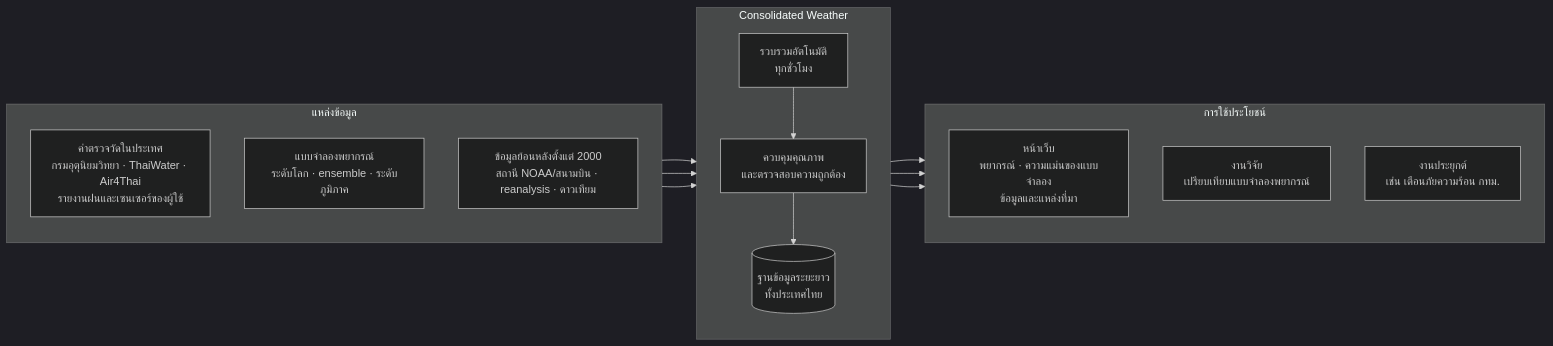
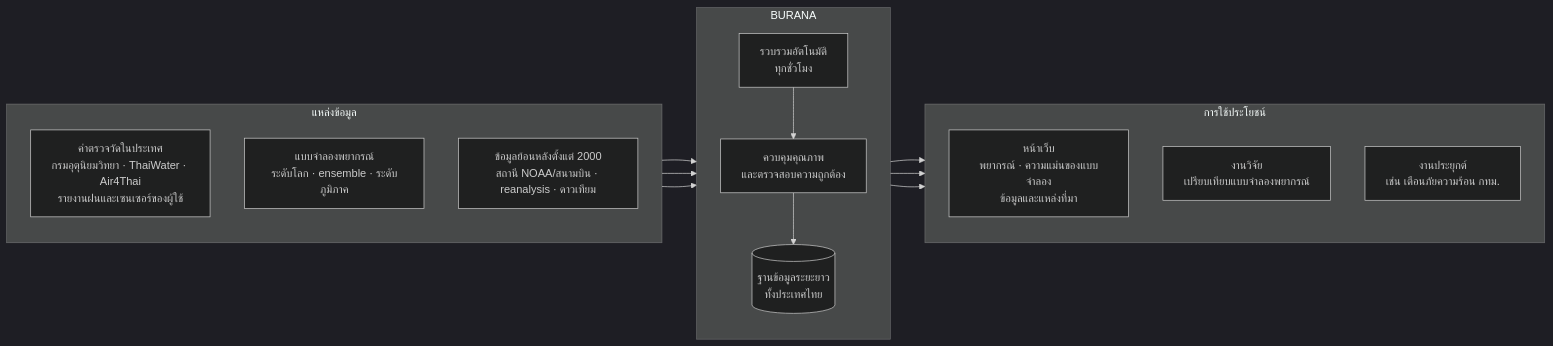
One commit to Navavit/burana changed the first of 2 diagrams in README.md. Above: the diagram before and after it, drawn with Mermaid (dark theme). The commit also changed other lines of this file and 14 other files, not shown here.

````diff
--- a/README.md
+++ b/README.md
@@ -26,24 +35,24 @@
 ```mermaid
 flowchart LR
   subgraph SRC["แหล่งข้อมูล"]
     direction TB
     S1["ค่าตรวจวัดในประเทศ<br/>กรมอุตุนิยมวิทยา · ThaiWater · Air4Thai<br/>รายงานฝนและเซนเซอร์ของผู้ใช้"]
     S2["แบบจำลองพยากรณ์<br/>ระดับโลก · ensemble · ระดับภูมิภาค"]
     S3["ข้อมูลย้อนหลังตั้งแต่ 2000<br/>สถานี NOAA/สนามบิน · reanalysis · ดาวเทียม"]
   end
-  subgraph SYS["Consolidated Weather"]
+  subgraph SYS["BURANA"]
     direction TB
     C1["รวบรวมอัตโนมัติ<br/>ทุกชั่วโมง"]
     C2["ควบคุมคุณภาพ<br/>และตรวจสอบความถูกต้อง"]
     C3[("ฐานข้อมูลระยะยาว<br/>ทั้งประเทศไทย")]
     C1 --> C2 --> C3
   end
   subgraph OUT["การใช้ประโยชน์"]
     direction TB
     O1["หน้าเว็บ<br/>พยากรณ์ · ความแม่นของแบบจำลอง<br/>ข้อมูลและแหล่งที่มา"]
     O2["งานวิจัย<br/>เปรียบเทียบแบบจำลองพยากรณ์"]
     O3["งานประยุกต์<br/>เช่น เตือนภัยความร้อน กทม."]
   end
   S1 & S2 & S3 --> C1
   C3 --> O1 & O2 & O3
 ```
````
